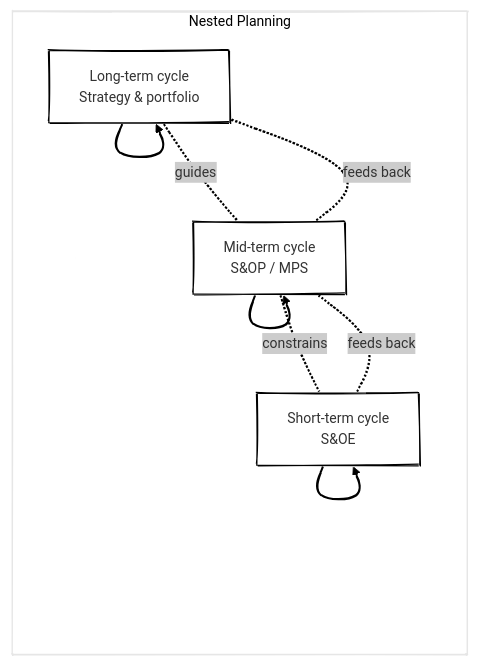
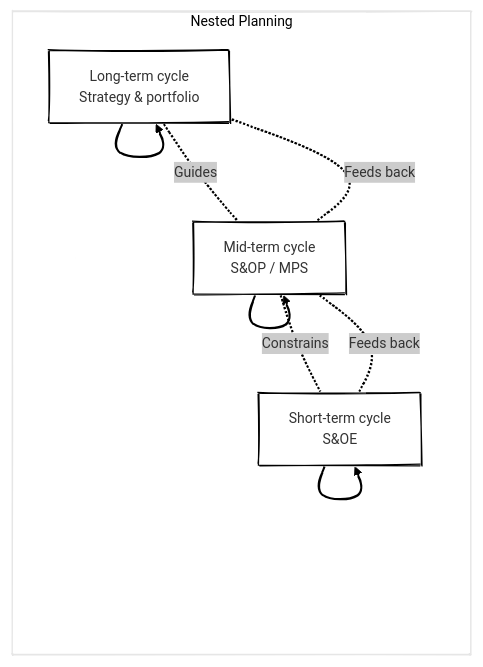
Before and after one commit to antomon/antomon.github.io: the second of 9 diagrams in posts/comprehensive-guide-to-sales-and-operations-planning/index.qmd, drawn with Mermaid. The commit also changed 4 other files, not shown here.

````diff
--- a/posts/comprehensive-guide-to-sales-and-operations-planning/index.qmd
+++ b/posts/comprehensive-guide-to-sales-and-operations-planning/index.qmd
@@ -73,23 +73,23 @@
 ```{mermaid}
 %%| label: fig-nested-planning-cycles
 %%| fig-cap: "Nested planning cycles across strategic, tactical, and operational horizons, illustrating guidance, constraint propagation, and feedback between S&OP, MPS, and S&OE."
 %%| fig-alt: "Diagram showing three nested cycles for long-term strategy, mid-term planning, and short-term execution with bidirectional feedback."
 %%| fig-align: "center"
 %%{init: {"theme": "neo", "look": "handDrawn"}}%%
 
 flowchart LR
   A[Long-term cycle<br/>Strategy & portfolio] --> A
   B[Mid-term cycle<br/>S&OP / MPS] --> B
   C[Short-term cycle<br/>S&OE] --> C
 
-  A -.guides.- B
-  B -.constrains.- C
-  C -.feeds back.- B
-  B -.feeds back.- A
+  A -.Guides.- B
+  B -.Constrains.- C
+  C -.Feeds back.- B
+  B -.Feeds back.- A
 
   subgraph Nested_Planning [Nested Planning]
     A
     B
     C
   end
 ```
````
